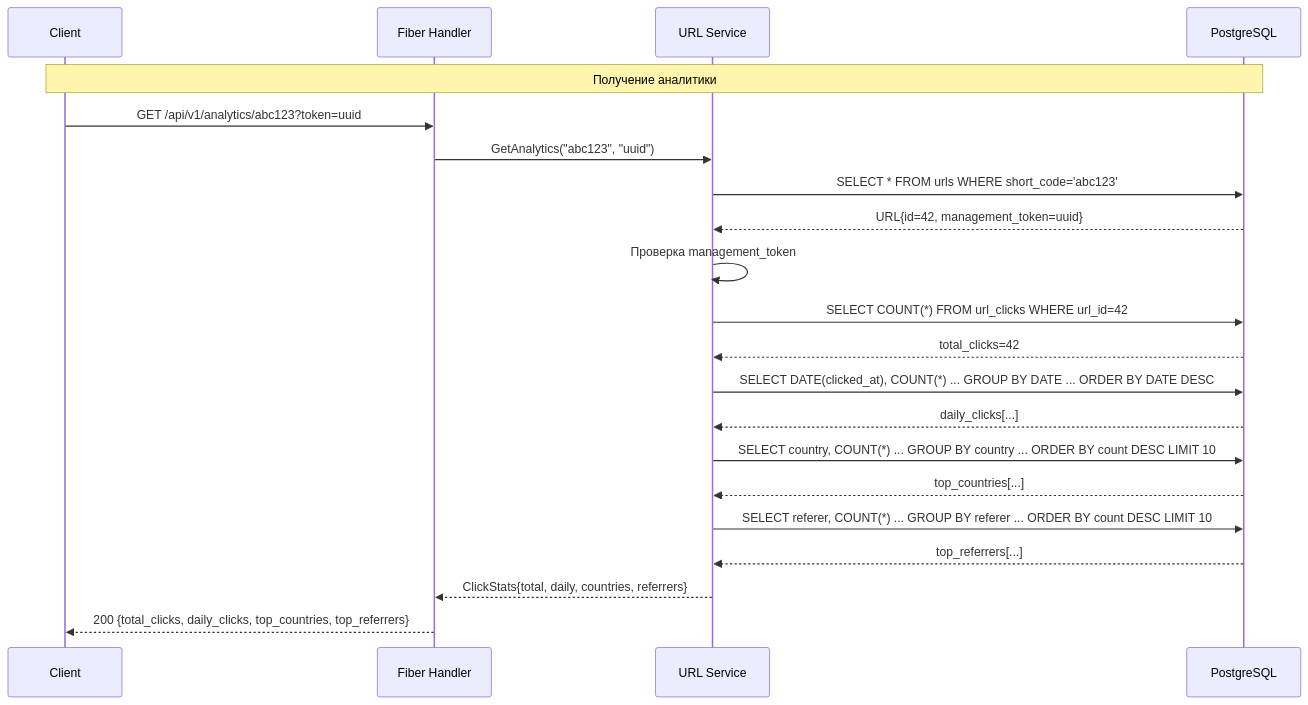
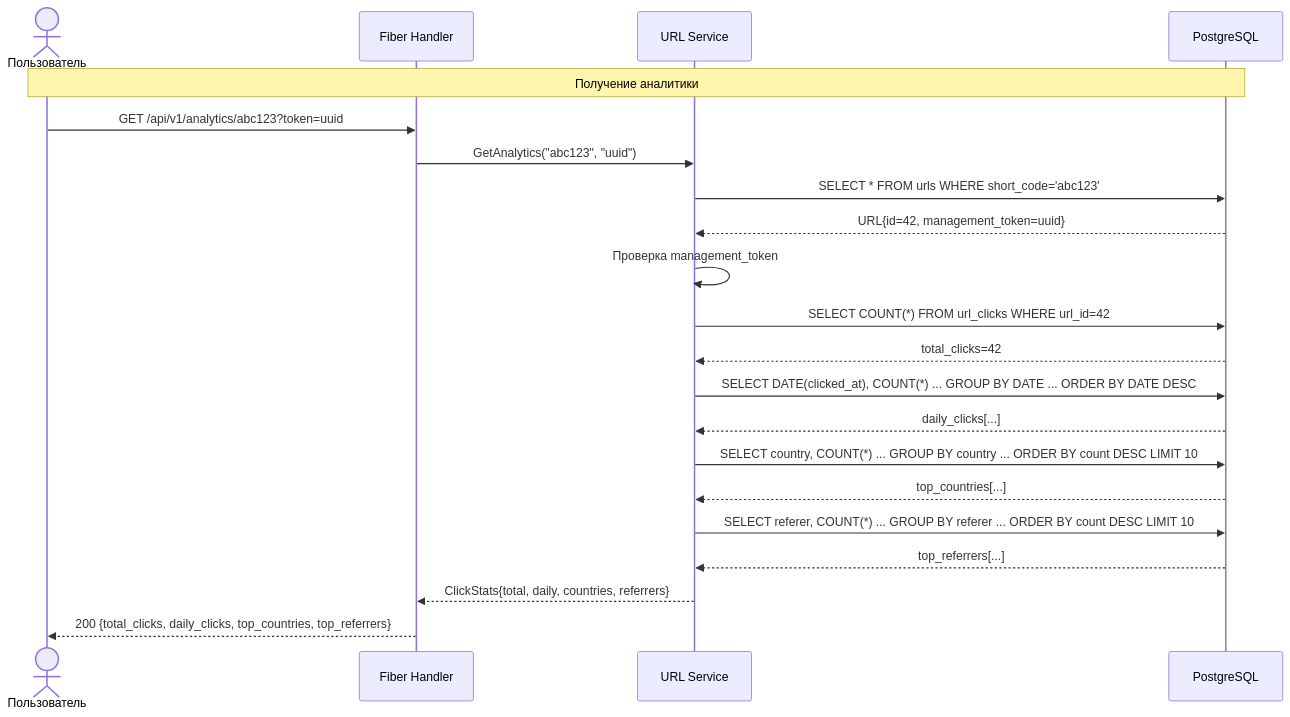
The fifth of 10 diagrams in docs/architecture.md (Xindorgi/MnTP_Kursach), drawn with Mermaid before and after one commit. The commit also changed other lines of this file and 4 other files, not shown here.

Commit message:
docs: add actor participants to sequence diagrams

````diff
--- a/docs/architecture.md
+++ b/docs/architecture.md
@@ -214,24 +214,24 @@
 ```mermaid
 sequenceDiagram
-    participant Client
+    actor Client as Пользователь
     participant Fiber as Fiber Handler
     participant Service as URL Service
     participant DB as PostgreSQL
 
     Note over Client,DB: Получение аналитики
     Client->>Fiber: GET /api/v1/analytics/abc123?token=uuid
     Fiber->>Service: GetAnalytics("abc123", "uuid")
     Service->>DB: SELECT * FROM urls WHERE short_code='abc123'
     DB-->>Service: URL{id=42, management_token=uuid}
     Service->>Service: Проверка management_token
     Service->>DB: SELECT COUNT(*) FROM url_clicks WHERE url_id=42
     DB-->>Service: total_clicks=42
     Service->>DB: SELECT DATE(clicked_at), COUNT(*) ... GROUP BY DATE ... ORDER BY DATE DESC
     DB-->>Service: daily_clicks[...]
     Service->>DB: SELECT country, COUNT(*) ... GROUP BY country ... ORDER BY count DESC LIMIT 10
     DB-->>Service: top_countries[...]
     Service->>DB: SELECT referer, COUNT(*) ... GROUP BY referer ... ORDER BY count DESC LIMIT 10
     DB-->>Service: top_referrers[...]
     Service-->>Fiber: ClickStats{total, daily, countries, referrers}
     Fiber-->>Client: 200 {total_clicks, daily_clicks, top_countries, top_referrers}
 ```
````
